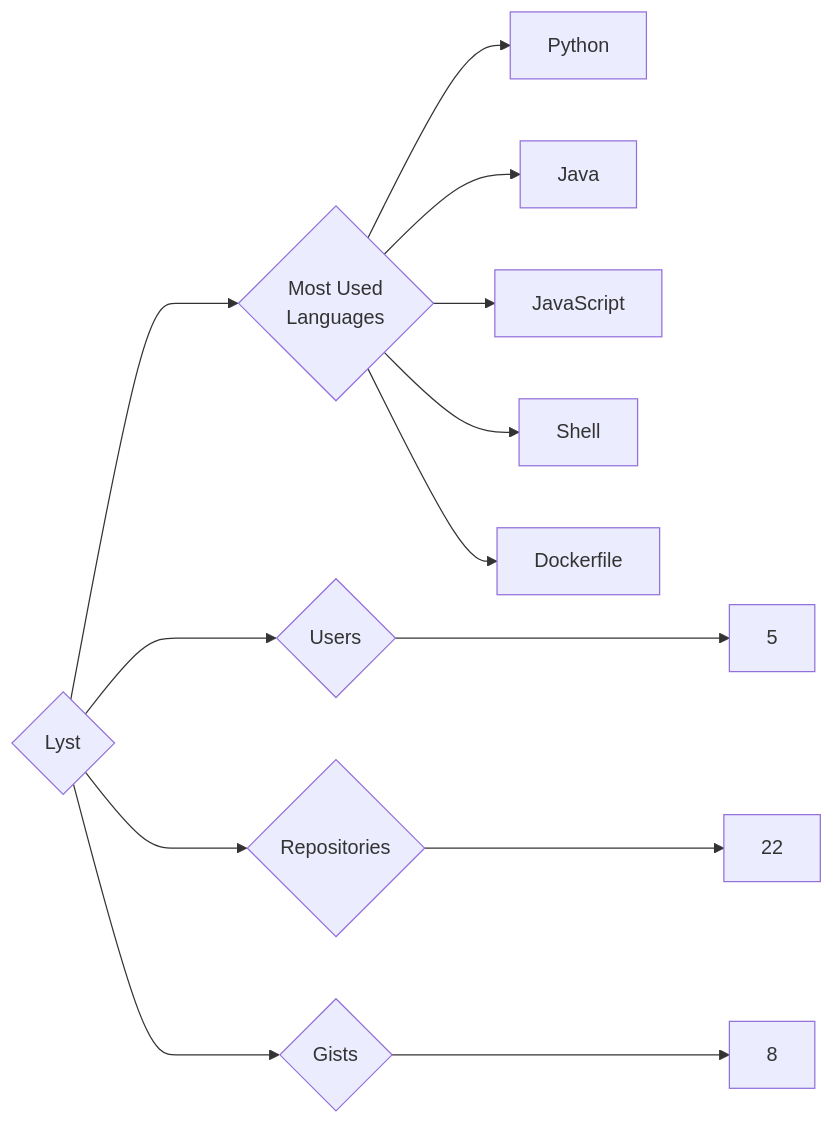
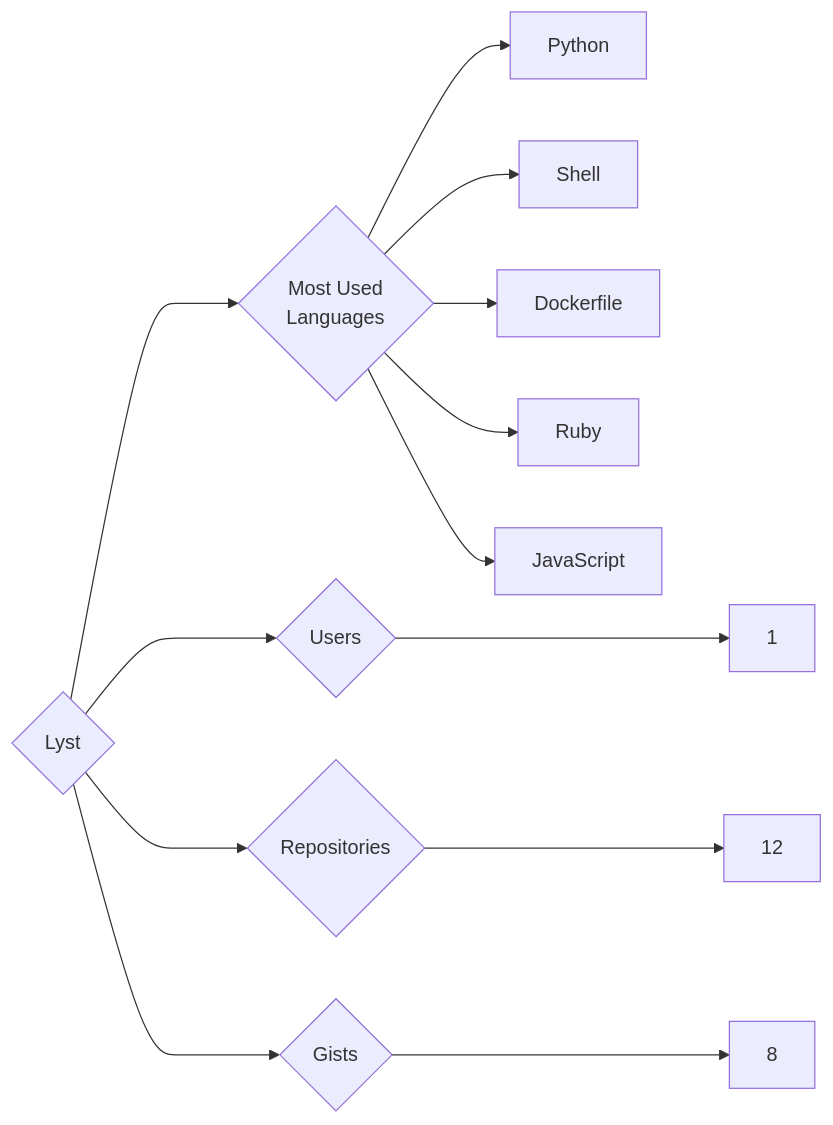
The diagram in targets/Lyst/README.md (trickest/insiders), drawn with Mermaid before and after one commit. The commit also changed 916 other files, not shown here.

````diff
--- a/targets/Lyst/README.md
+++ b/targets/Lyst/README.md
@@ -3,13 +3,13 @@
 ```mermaid
 graph LR
 COMPANY_NAME{Lyst}
-COMPANY_NAME ---> U{Users} ---> UN[5]
-COMPANY_NAME ---> R{Repositories} ---> RN[22]
+COMPANY_NAME ---> U{Users} ---> UN[1]
+COMPANY_NAME ---> R{Repositories} ---> RN[12]
 COMPANY_NAME ---> G{Gists} ---> GN[8]
 COMPANY_NAME ---> ML{Most Used<br>Languages}
 ML --> Python[Python]
-ML --> Java[Java]
-ML --> JavaScript[JavaScript]
 ML --> Shell[Shell]
 ML --> Dockerfile[Dockerfile]
+ML --> Ruby[Ruby]
+ML --> JavaScript[JavaScript]
 ```
````
